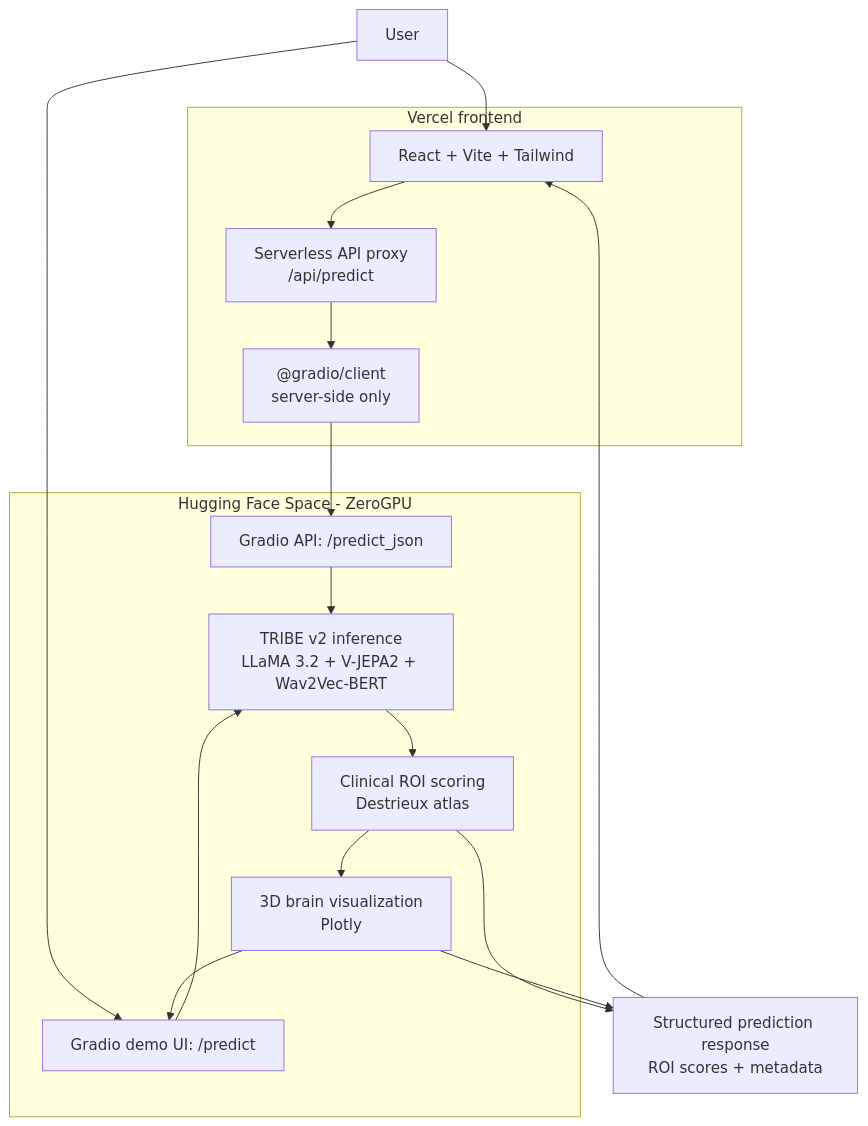
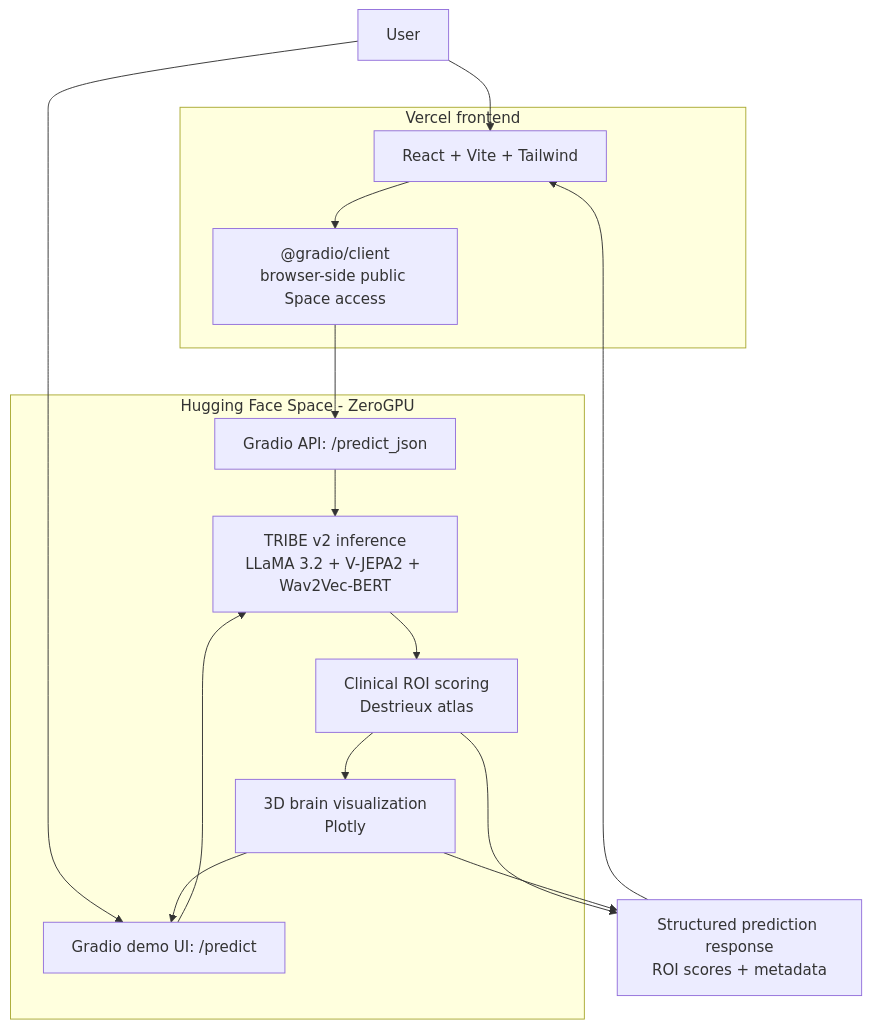
Before and after one commit to rohany395/neuro-cue: the diagram in README.md, drawn with Mermaid. The commit also changed other lines of this file and 5 other files, not shown here.

Commit message:
Remove public HF prediction proxy

````diff
--- a/README.md
+++ b/README.md
@@ -40,32 +40,30 @@
 ```mermaid
 flowchart TD
   User["User"]
 
   subgraph Vercel["Vercel frontend"]
     React["React + Vite + Tailwind"]
-    Proxy["Serverless API proxy<br/>/api/predict"]
-    Client["@gradio/client<br/>server-side only"]
-    React --> Proxy
-    Proxy --> Client
+    Client["@gradio/client<br/>browser-side public Space access"]
+    React --> Client
   end
 
   subgraph Space["Hugging Face Space - ZeroGPU"]
     API["Gradio API: /predict_json"]
     Gradio["Gradio demo UI: /predict"]
     Inference["TRIBE v2 inference<br/>LLaMA 3.2 + V-JEPA2 + Wav2Vec-BERT"]
     ROI["Clinical ROI scoring<br/>Destrieux atlas"]
     Brain["3D brain visualization<br/>Plotly"]
   end
 
   User --> React
   User --> Gradio
   Client --> API
   API --> Inference
   Gradio --> Inference
   Inference --> ROI
   ROI --> Response["Structured prediction response<br/>ROI scores + metadata"]
   ROI --> Brain
   Brain --> Response
   Response --> React
   Brain --> Gradio
 ```
````
